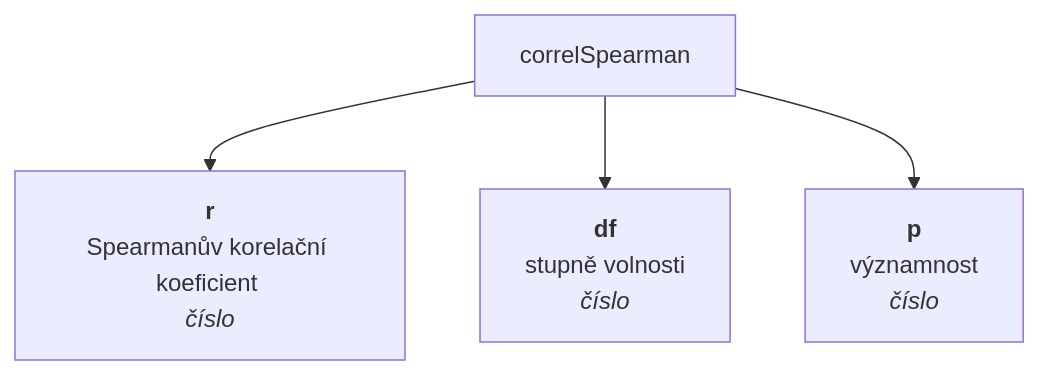
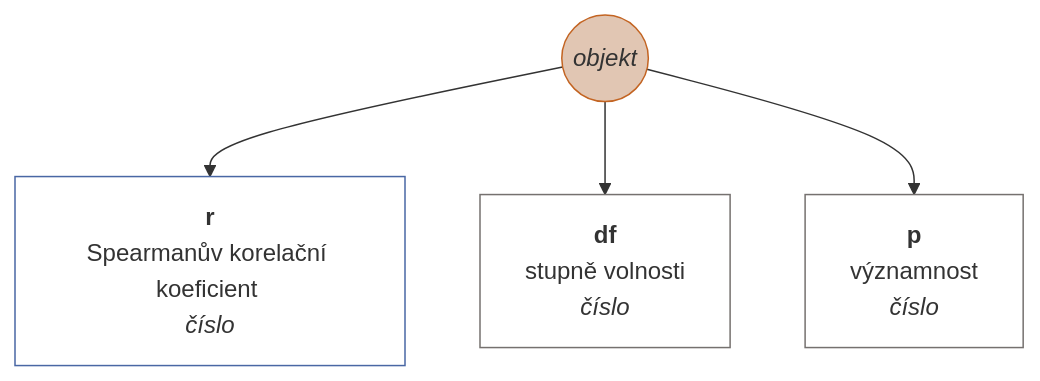
One commit to muzikp/retusa changed the third of 13 diagrams in docs/cs-CZ/matrix.md. Above: the diagram before and after it, drawn with Mermaid. The commit also changed other lines of this file and 17 other files, not shown here.

````diff
--- a/docs/cs-CZ/matrix.md
+++ b/docs/cs-CZ/matrix.md
@@ -146,7 +159,16 @@
 ```mermaid
 graph TD
+correlSpearman((<i>objekt</i>))
+style correlSpearman fill:#E1C6B3;
+style correlSpearman stroke:#C36422;
 correlSpearman --> r[<b>r</b><br>Spearmanův korelační koeficient <br><i>číslo</i>]
+style r fill:#FFFFFF;
+style r stroke:#4967A4;
 correlSpearman --> df[<b>df</b><br>stupně volnosti <br><i>číslo</i>]
+style df fill:#FFFFFF;
+style df stroke:#75716F;
 correlSpearman --> p[<b>p</b><br>významnost <br><i>číslo</i>]
+style p fill:#FFFFFF;
+style p stroke:#75716F;
 
 ```
````
